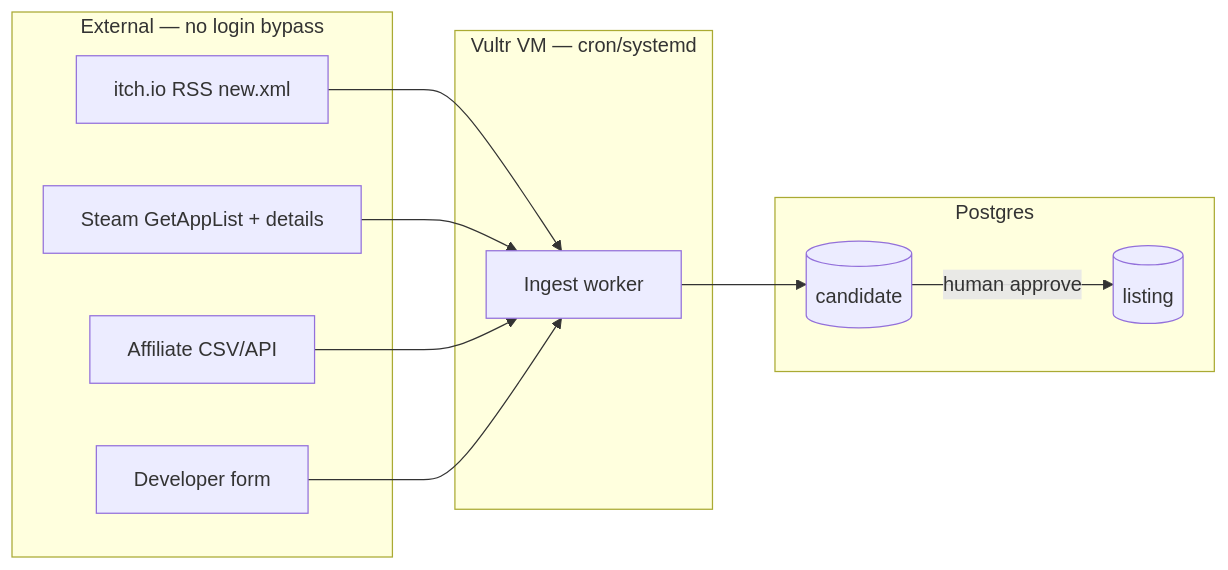
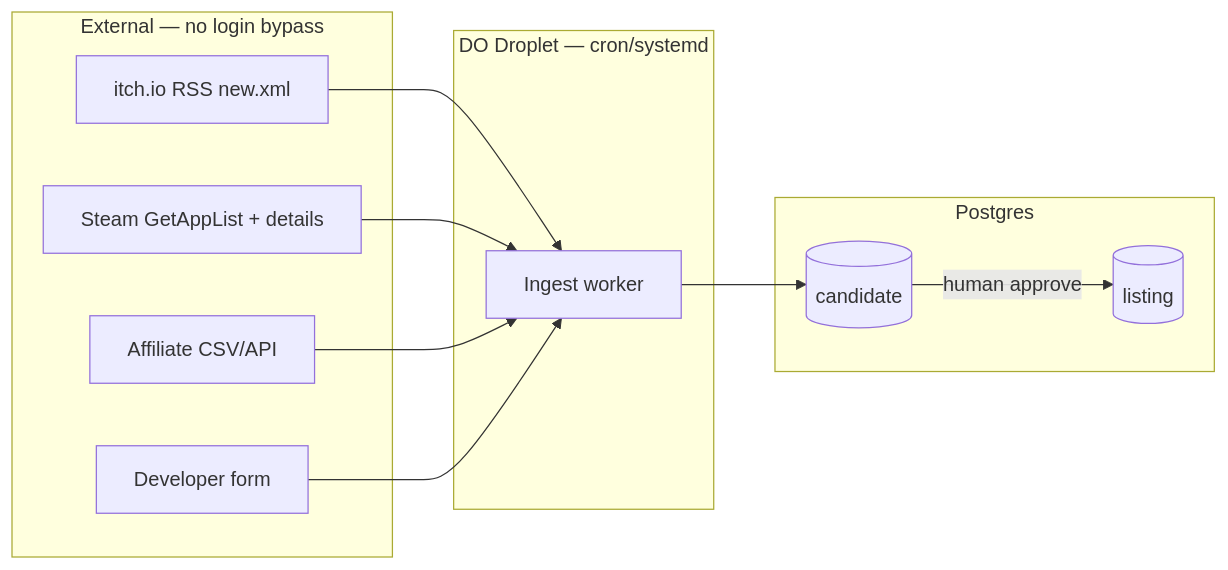
Before and after one commit to n0social/NSFW-Droid: the diagram in docs/data-and-ingest.md, drawn with Mermaid. The commit also changed other lines of this file and 8 other files, not shown here.

````diff
--- a/docs/data-and-ingest.md
+++ b/docs/data-and-ingest.md
@@ -89,25 +89,25 @@
 ```mermaid
 flowchart LR
   subgraph sources [External — no login bypass]
     itch[itch.io RSS new.xml]
     steam[Steam GetAppList + details]
     aff[Affiliate CSV/API]
     form[Developer form]
   end
 
-  subgraph vultr [Vultr VM — cron/systemd]
+  subgraph dovm [DO Droplet — cron/systemd]
     job[Ingest worker]
   end
 
   subgraph db [Postgres]
     cand[(candidate)]
     list[(listing)]
   end
 
   itch --> job
   steam --> job
   aff --> job
   form --> job
   job --> cand
   cand -->|human approve| list
 ```
````
